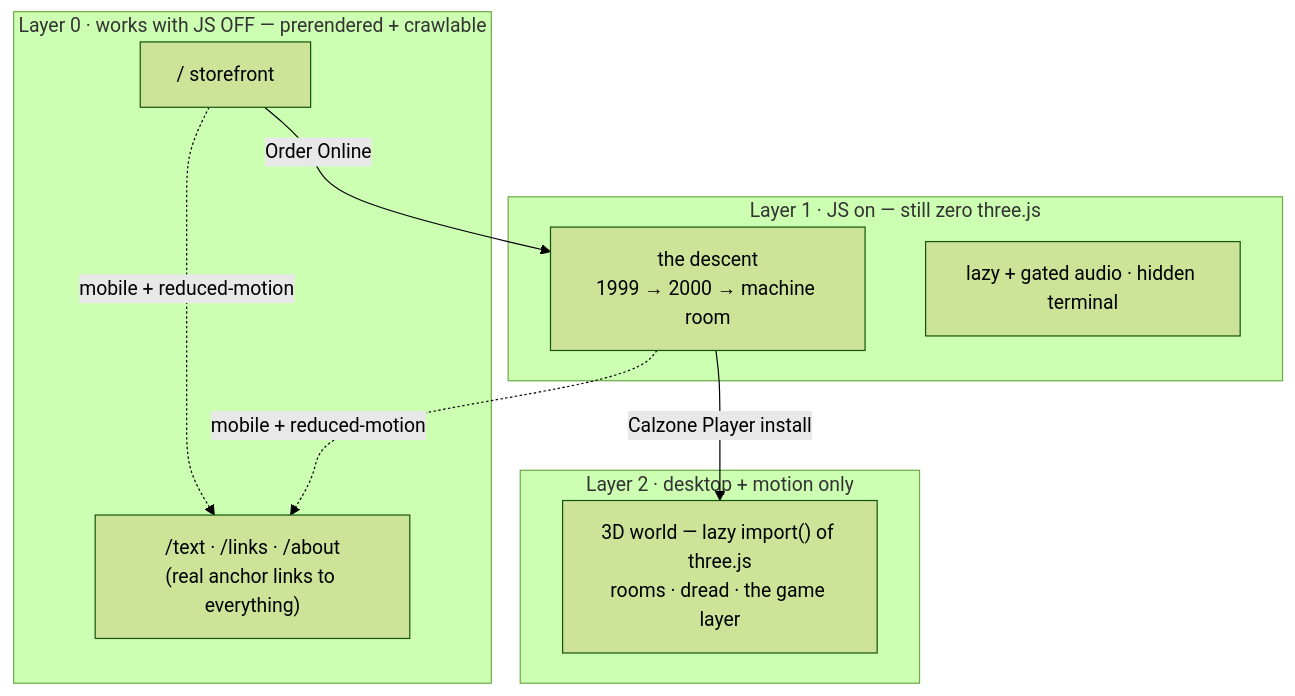
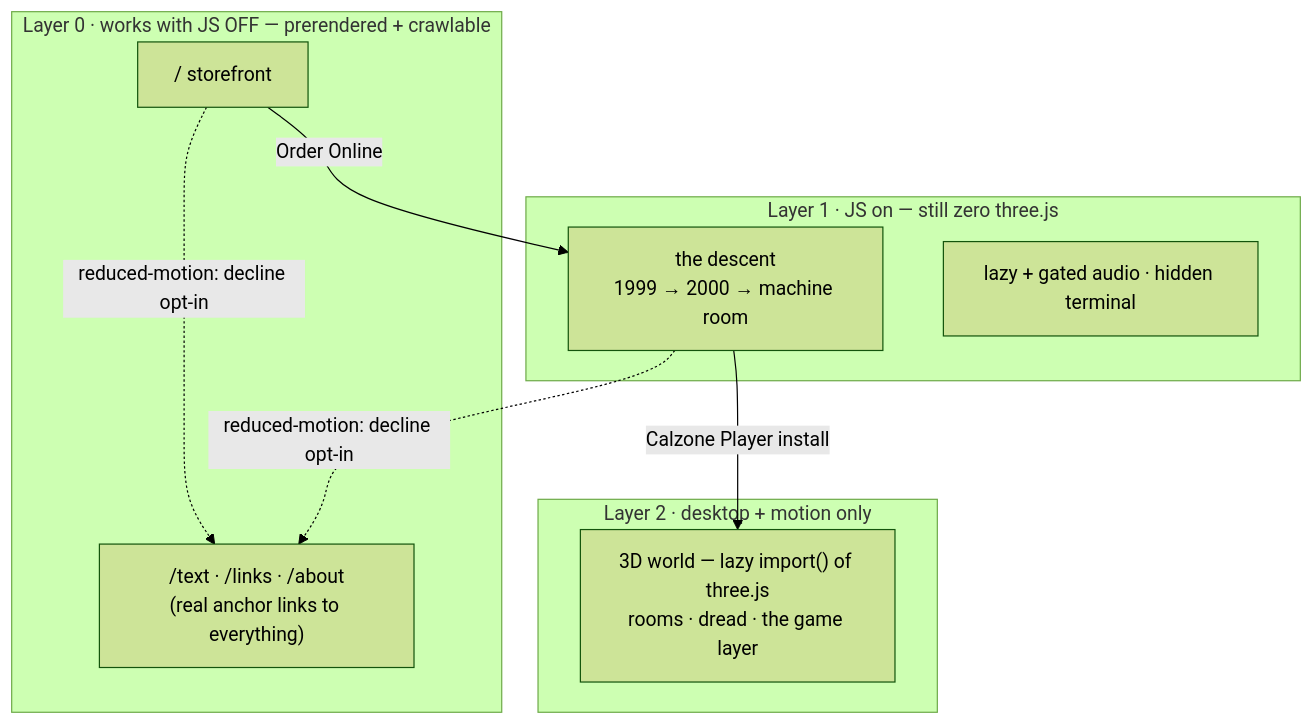
One commit to lukefwalton/scoobertdoobert.pizza changed the diagram in ARCHITECTURE.md. Above: the diagram before and after it, drawn with Mermaid (forest theme). The commit also changed other lines of this file and 22 other files, not shown here.

First line of the commit message:
Make the 3D world work on mobile (touch controls) + reduced-motion opt-in

````diff
--- a/ARCHITECTURE.md
+++ b/ARCHITECTURE.md
@@ -17,18 +17,18 @@
 ```mermaid
 flowchart TD
   subgraph L0["Layer 0 · works with JS OFF — prerendered + crawlable"]
     SF["/ storefront"]
     TXT["/text · /links · /about<br/>(real anchor links to everything)"]
   end
   subgraph L1["Layer 1 · JS on — still zero three.js"]
     DESC["the descent<br/>1999 → 2000 → machine room"]
     EXTRA["lazy + gated audio · hidden terminal"]
   end
   subgraph L2["Layer 2 · desktop + motion only"]
     WORLD["3D world — lazy import() of three.js<br/>rooms · dread · the game layer"]
   end
   SF -->|"Order Online"| DESC
   DESC -->|"Calzone Player install"| WORLD
-  SF -. mobile + reduced-motion .-> TXT
-  DESC -. mobile + reduced-motion .-> TXT
+  SF -. "reduced-motion: decline opt-in" .-> TXT
+  DESC -. "reduced-motion: decline opt-in" .-> TXT
 ```
````
